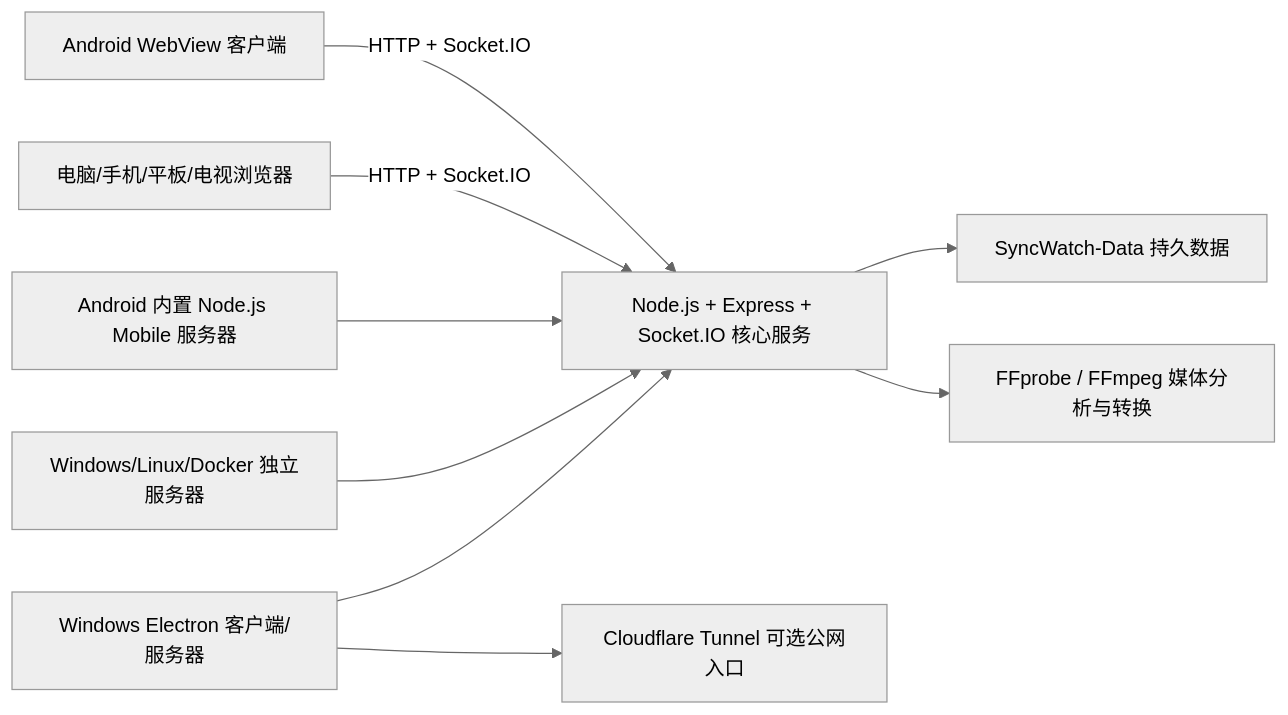
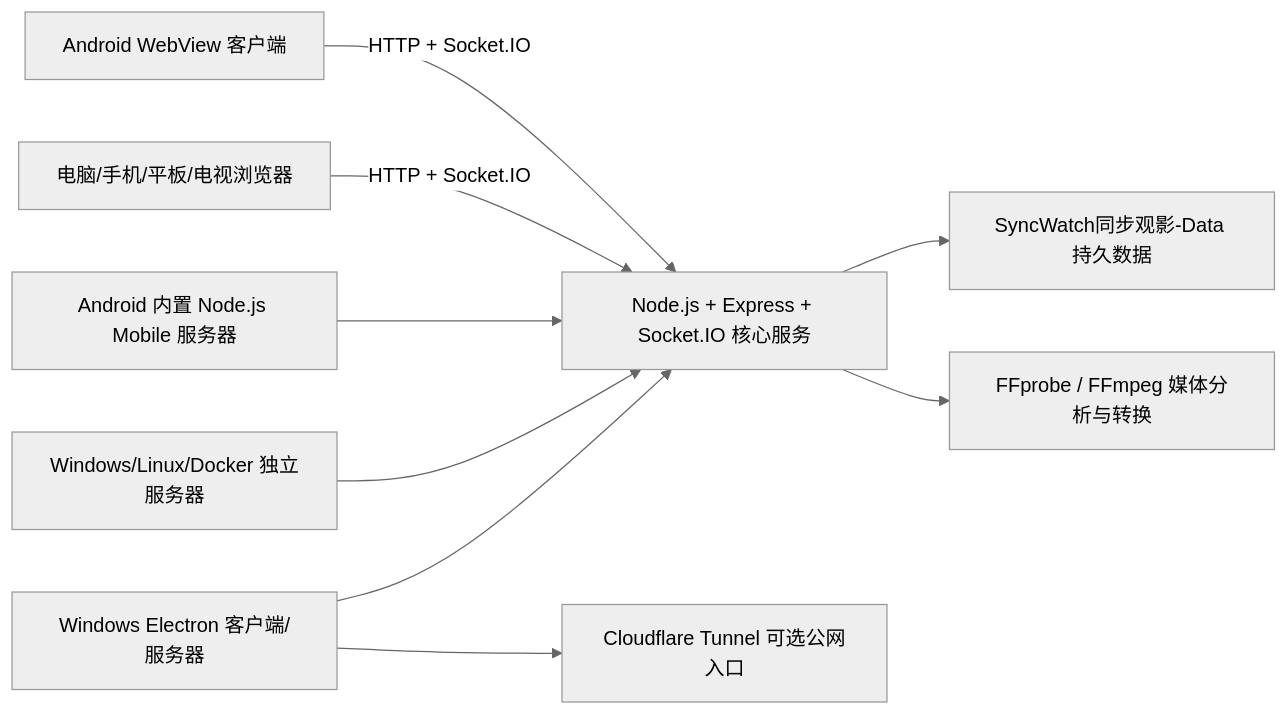
Before and after one commit to xuange6610-oss/SyncWatch: the diagram in 技术架构与依赖说明.md, drawn with Mermaid (neutral theme). The commit also changed other lines of this file and 90 other files, not shown here.

Commit message:
发布 SyncWatch同步观影 v2.1.5

````diff
--- a/技术架构与依赖说明.md
+++ b/技术架构与依赖说明.md
@@ -14,11 +14,11 @@
 ```mermaid
 flowchart LR
     PC["Windows Electron 客户端/服务器"] --> CORE["Node.js + Express + Socket.IO 核心服务"]
     ZIP["Windows/Linux/Docker 独立服务器"] --> CORE
     ANDROID_HOST["Android 内置 Node.js Mobile 服务器"] --> CORE
     WEB["电脑/手机/平板/电视浏览器"] -->|HTTP + Socket.IO| CORE
     ANDROID_CLIENT["Android WebView 客户端"] -->|HTTP + Socket.IO| CORE
-    CORE --> DATA["SyncWatch-Data 持久数据"]
+    CORE --> DATA["SyncWatch同步观影-Data 持久数据"]
     CORE --> MEDIA["FFprobe / FFmpeg 媒体分析与转换"]
     PC --> TUNNEL["Cloudflare Tunnel 可选公网入口"]
 ```
````
